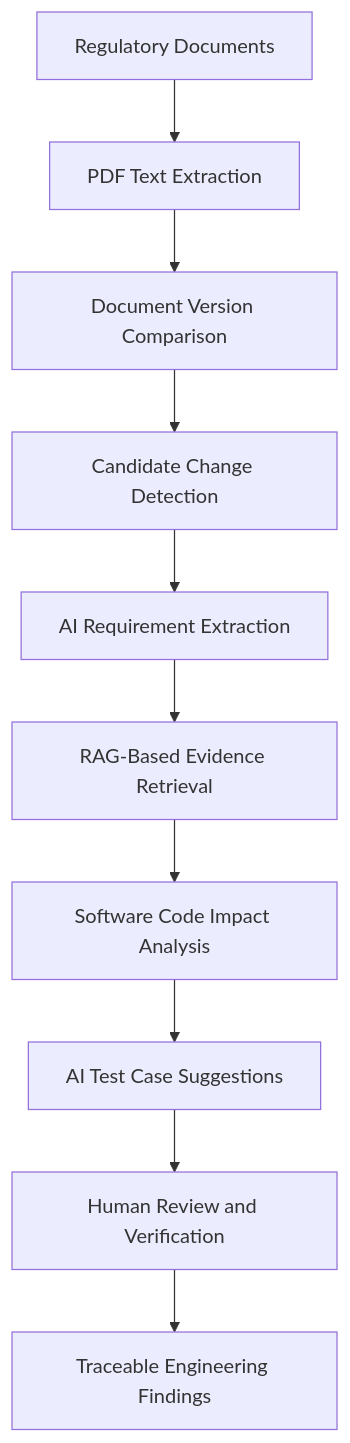
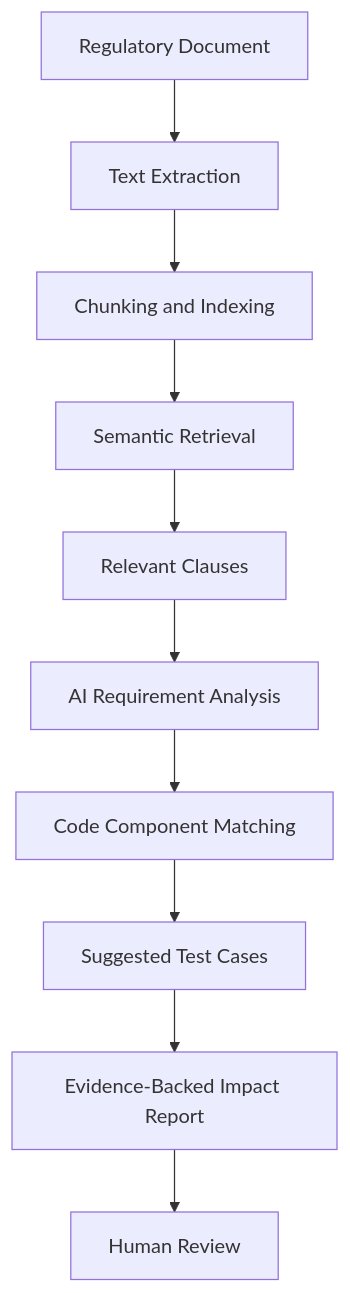
The first of 3 diagrams in README.md (rajshreesinha-23/regulalens-ai), drawn with Mermaid before and after one commit. The commit also changed other lines of this file, not shown here.

````diff
--- a/README.md
+++ b/README.md
@@ -50,12 +37,12 @@
 ```mermaid
 flowchart TD
-    A[Regulatory Documents] --> B[PDF Text Extraction]
-    B --> C[Document Version Comparison]
-    C --> D[Candidate Change Detection]
-    D --> E[AI Requirement Extraction]
-    E --> F[RAG-Based Evidence Retrieval]
-    F --> G[Software Code Impact Analysis]
-    G --> H[AI Test Case Suggestions]
-    H --> I[Human Review and Verification]
-    I --> J[Traceable Engineering Findings]
+    A["Regulatory Document"] --> B["Text Extraction"]
+    B --> C["Chunking and Indexing"]
+    C --> D["Semantic Retrieval"]
+    D --> E["Relevant Clauses"]
+    E --> F["AI Requirement Analysis"]
+    F --> G["Code Component Matching"]
+    G --> H["Suggested Test Cases"]
+    H --> I["Evidence-Backed Impact Report"]
+    I --> J["Human Review"]
 ```
````
